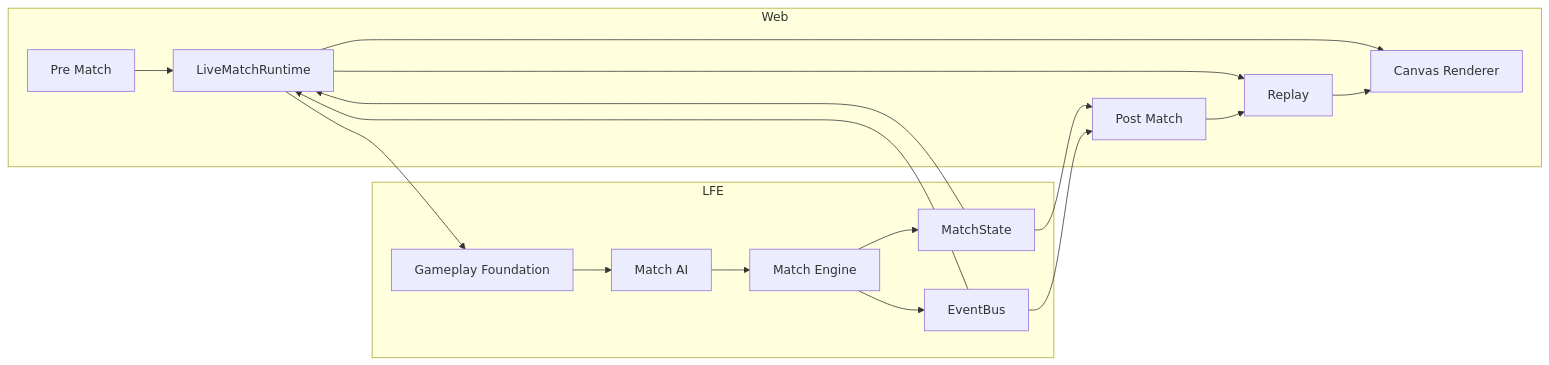
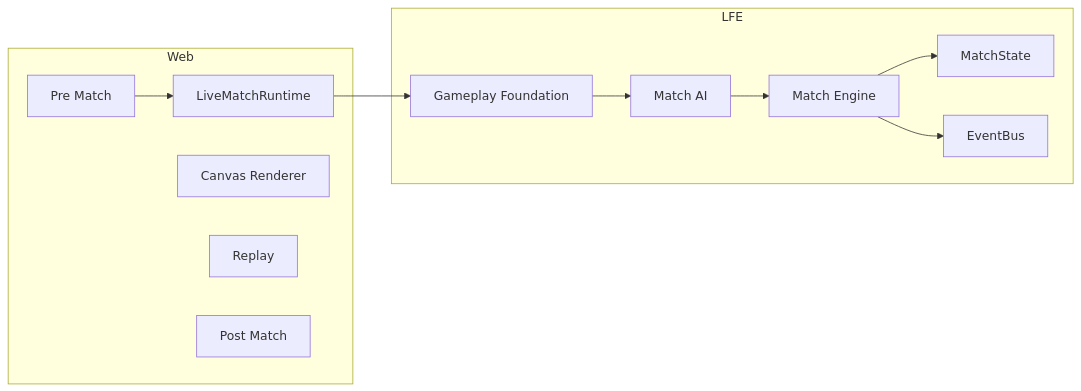
Before and after one commit to dawidthai125/lastfootball: the first of 2 diagrams in docs/ARCHITECTURE.md, drawn with Mermaid. The commit also changed other lines of this file and 17 other files, not shown here.

````diff
--- a/docs/ARCHITECTURE.md
+++ b/docs/ARCHITECTURE.md
@@ -59,31 +60,23 @@
 ```mermaid
 flowchart LR
   subgraph Web
     Pre[Pre Match]
     Live[LiveMatchRuntime]
     Canvas[Canvas Renderer]
     Rep[Replay]
     Post[Post Match]
   end
   subgraph LFE
     GF[Gameplay Foundation]
     AI[Match AI]
     EN[Match Engine]
     MS[MatchState]
     EB[EventBus]
   end
   Pre --> Live
   Live --> GF
   GF --> AI
   AI --> EN
   EN --> MS
   EN --> EB
-  MS --> Live
-  EB --> Live
-  Live --> Canvas
-  Live --> Rep
-  Rep --> Canvas
-  MS --> Post
-  EB --> Post
-  Post --> Rep
 ```
````
